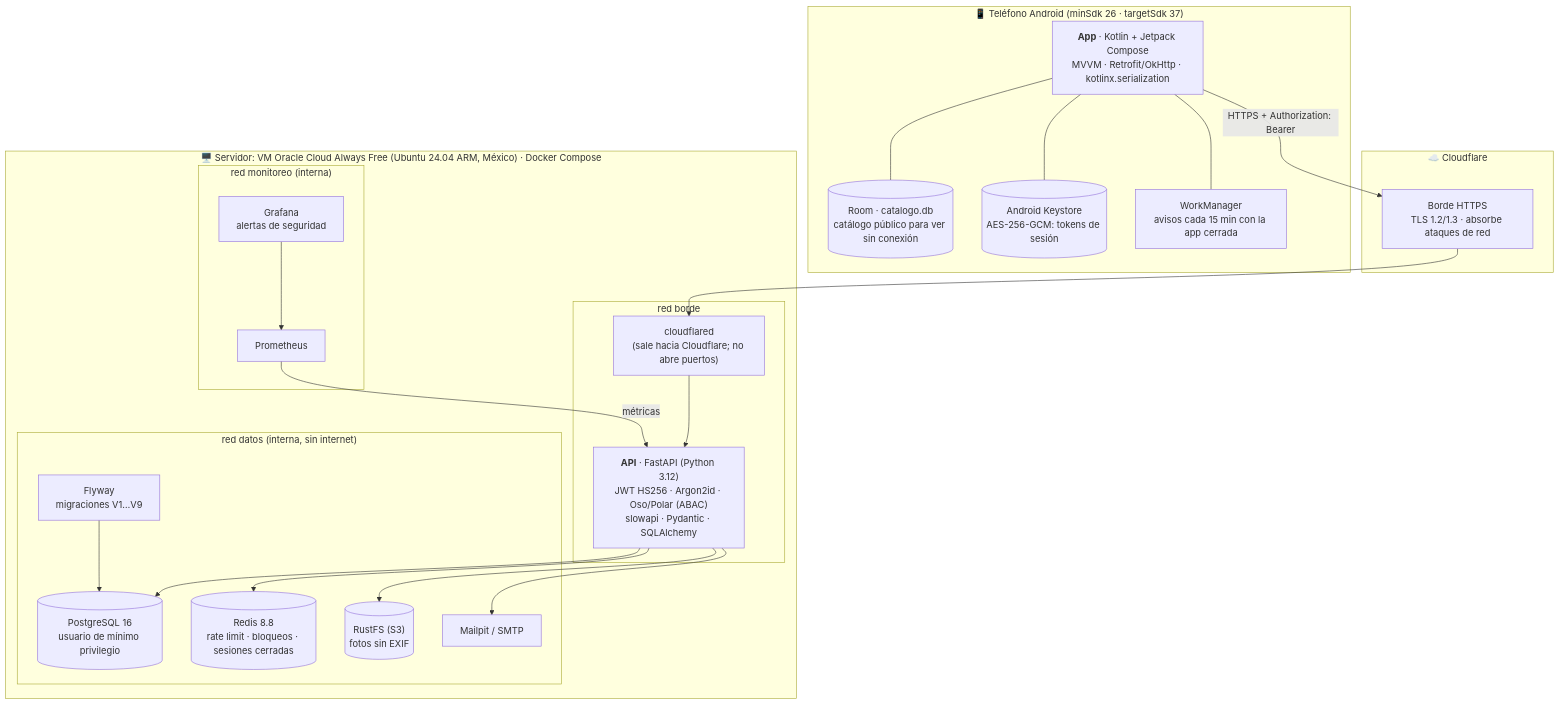
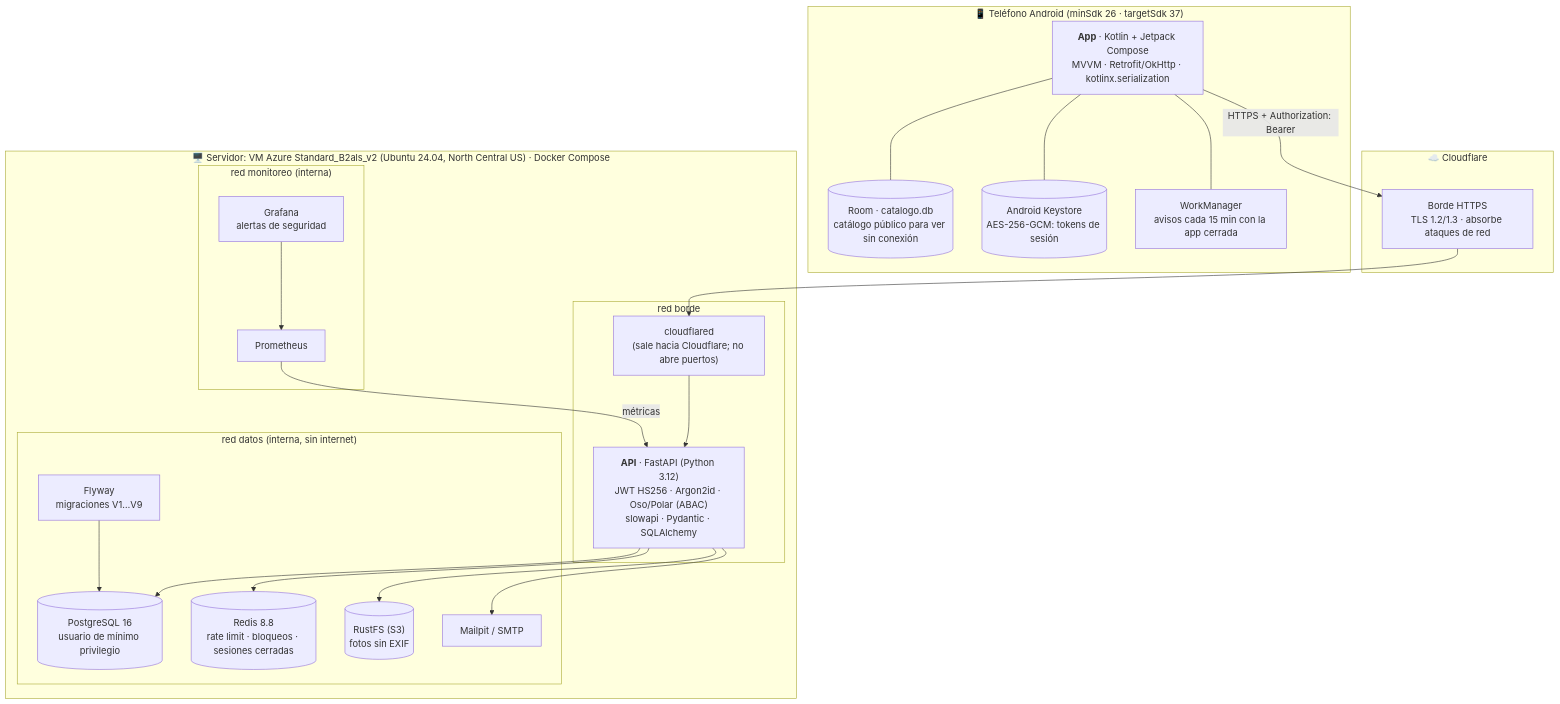
Before and after one commit to albertolopezb/familias-que-suman: the second of 4 diagrams in docs/entrega-3/02-arquitectura.md, drawn with Mermaid. The commit also changed other lines of this file and 14 other files, not shown here.

Commit message:
Servidor de la demostración en Azure for Students: aviso de privacidad, manuales y evidencia contra producción

````diff
--- a/docs/entrega-3/02-arquitectura.md
+++ b/docs/entrega-3/02-arquitectura.md
@@ -39,43 +39,43 @@
 ```mermaid
 flowchart TB
     subgraph tel["📱 Teléfono Android (minSdk 26 · targetSdk 37)"]
         app["<b>App</b> · Kotlin + Jetpack Compose<br/>MVVM · Retrofit/OkHttp · kotlinx.serialization"]
         room[("Room · catalogo.db<br/>catálogo público para ver sin conexión")]
         ks[("Android Keystore<br/>AES-256-GCM: tokens de sesión")]
         wm["WorkManager<br/>avisos cada 15 min con la app cerrada"]
         app --- room
         app --- ks
         app --- wm
     end
 
     subgraph cfn["☁️ Cloudflare"]
         borde["Borde HTTPS<br/>TLS 1.2/1.3 · absorbe ataques de red"]
     end
 
-    subgraph vm["🖥️ Servidor: VM Oracle Cloud Always Free (Ubuntu 24.04 ARM, México) · Docker Compose"]
+    subgraph vm["🖥️ Servidor: VM Azure Standard_B2als_v2 (Ubuntu 24.04, North Central US) · Docker Compose"]
         subgraph redborde["red borde"]
             tunel["cloudflared<br/>(sale hacia Cloudflare; no abre puertos)"]
             api["<b>API</b> · FastAPI (Python 3.12)<br/>JWT HS256 · Argon2id · Oso/Polar (ABAC)<br/>slowapi · Pydantic · SQLAlchemy"]
         end
         subgraph reddatos["red datos (interna, sin internet)"]
             db[("PostgreSQL 16<br/>usuario de mínimo privilegio")]
             redis[("Redis 8.8<br/>rate limit · bloqueos · sesiones cerradas")]
             s3[("RustFS (S3)<br/>fotos sin EXIF")]
             mail["Mailpit / SMTP"]
             migrar["Flyway<br/>migraciones V1…V9"]
         end
         subgraph redmon["red monitoreo (interna)"]
             prom["Prometheus"]
             graf["Grafana<br/>alertas de seguridad"]
         end
     end
 
     app -- "HTTPS + Authorization: Bearer" --> borde --> tunel --> api
     api --> db
     api --> redis
     api --> s3
     api --> mail
     migrar --> db
     prom -- "métricas" --> api
     graf --> prom
 ```
````
